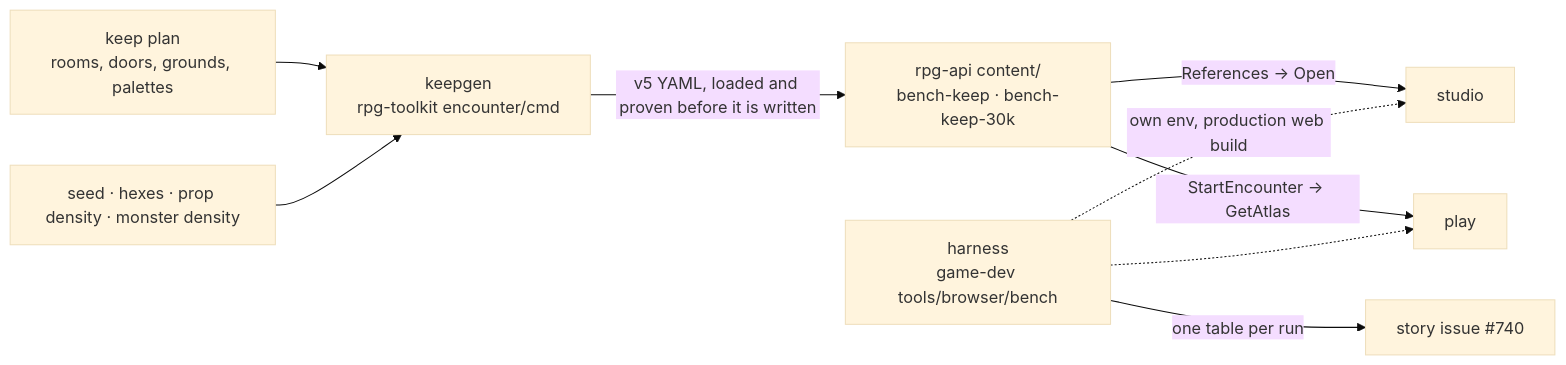
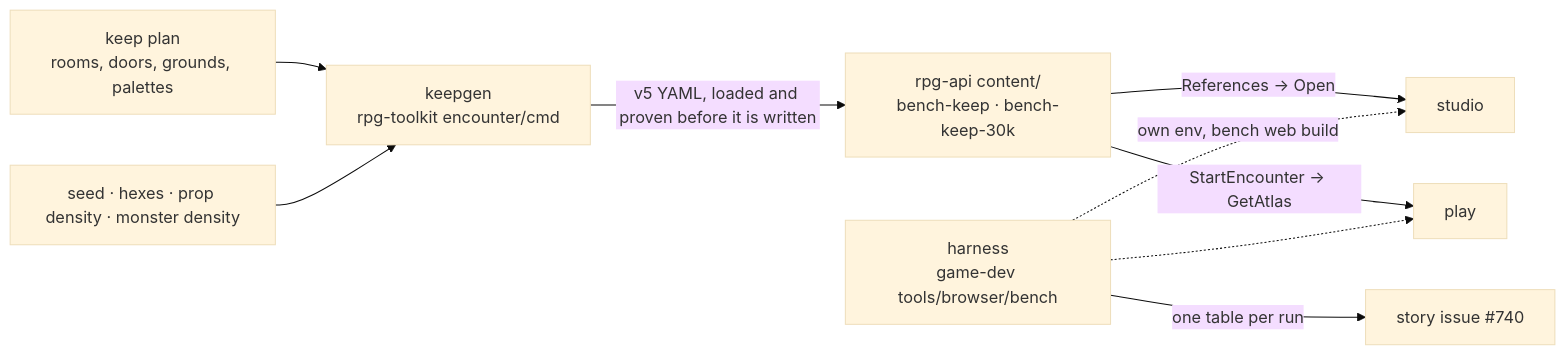
The diagram in ideas/benchmark-keep/design.md (KirkDiggler/rpg-project), drawn with Mermaid (base theme) before and after one commit. The commit also changed other lines of this file and 2 other files, not shown here.

First line of the commit message:
design(benchmark-keep): closing round — bench gates narrowed to the harness's, stale production/O2/G9 text, wall asset named (G13)

````diff
--- a/ideas/benchmark-keep/design.md
+++ b/ideas/benchmark-keep/design.md
@@ -8,12 +8,12 @@
 ```mermaid
 flowchart LR
     Plan[keep plan<br/>rooms, doors, grounds, palettes] --> Gen
     Knobs[seed · hexes · prop density · monster density] --> Gen
     Gen[keepgen<br/>rpg-toolkit encounter/cmd] -->|v5 YAML, loaded and proven before it is written| Shelf
     Shelf[rpg-api content/<br/>bench-keep · bench-keep-30k]
     Shelf -->|References → Open| Studio[studio]
     Shelf -->|StartEncounter → GetAtlas| Play[play]
-    Harness[harness<br/>game-dev tools/browser/bench] -.own env, production web build.-> Studio
+    Harness[harness<br/>game-dev tools/browser/bench] -.own env, bench web build.-> Studio
     Harness -.-> Play
     Harness -->|one table per run| Story[story issue #740]
 ```
````
